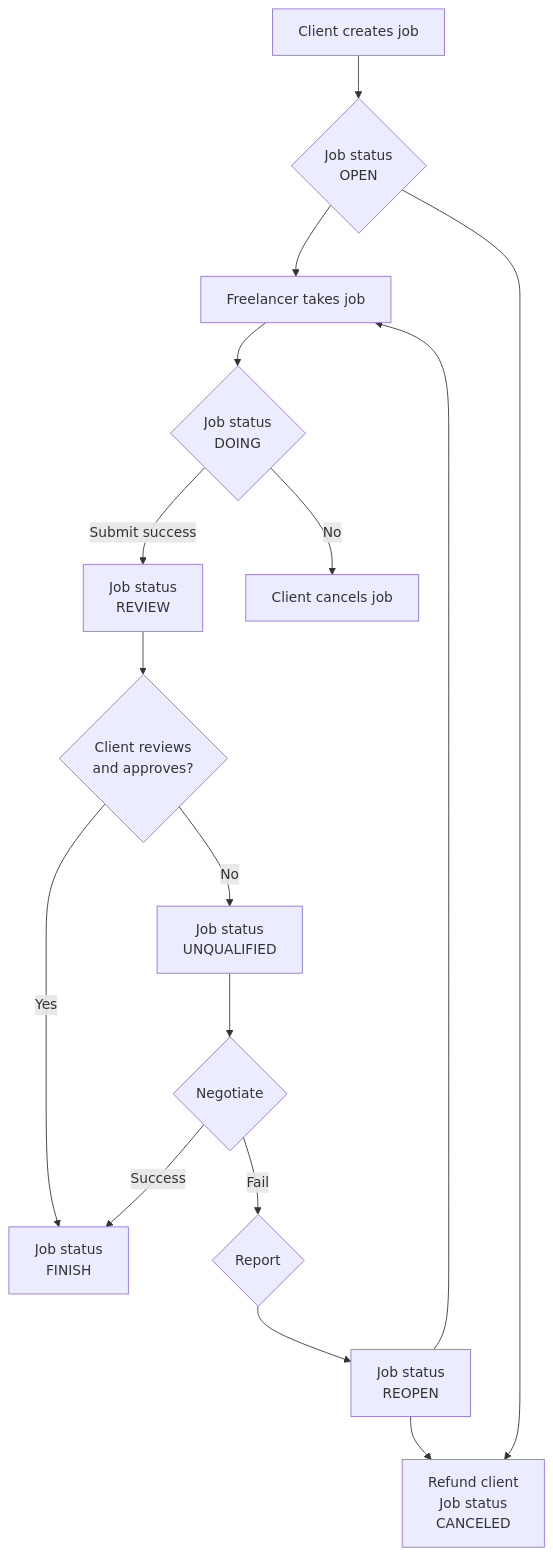
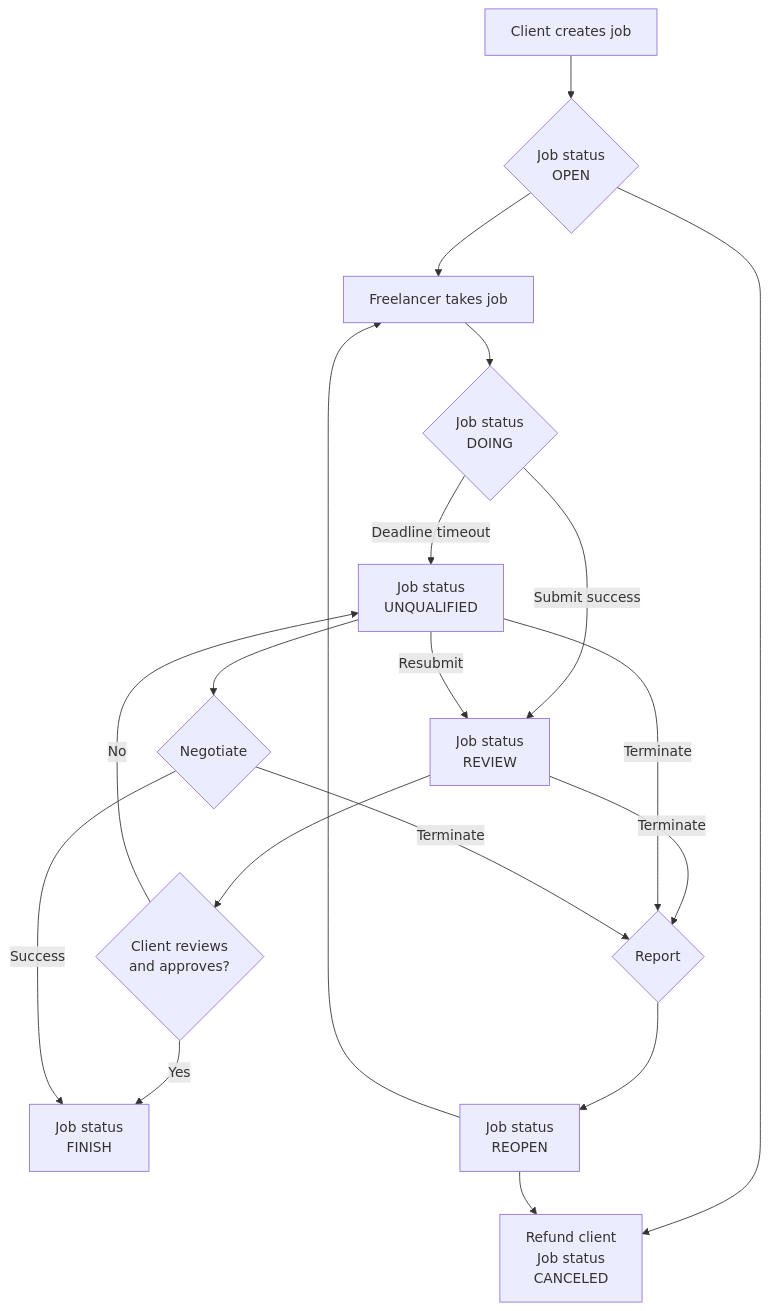
Before and after one commit to lamha79/freelankakot: the second of 2 diagrams in README.md, drawn with Mermaid.

````diff
--- a/README.md
+++ b/README.md
@@ -134,19 +134,22 @@
 ```mermaid
 flowchart TB
     A[Client creates job] --> B{Job status<br>OPEN}
     B --> C[Freelancer takes job]
     C --> D{Job status<br>DOING}
+    D -- Deadline timeout --> H
     D -- Submit success --> E[Job status<br>REVIEW]
     E --> F{Client reviews<br>and approves?}
+    E -- Terminate --> K
     F -- Yes --> G[Job status<br>FINISH]
     F -- No --> H[Job status<br>UNQUALIFIED]
+    H -- Resubmit --> E
+    H -- Terminate --> K
     H --> I{Negotiate} 
     I -- Success --> G
-    I -- Fail --> K{Report}
-    D -- No --> L[Client cancels job]    
+    I -- Terminate --> K{Report}
     B --> M[Refund client<br>Job status<br>CANCELED]
     J --> M[Refund client<br>Job status<br>CANCELED]
     J --> C
-    K --> J[Job status<br>REOPEN]
+    K --> J[Job status<br>REOPEN] 
     
 ```
````
